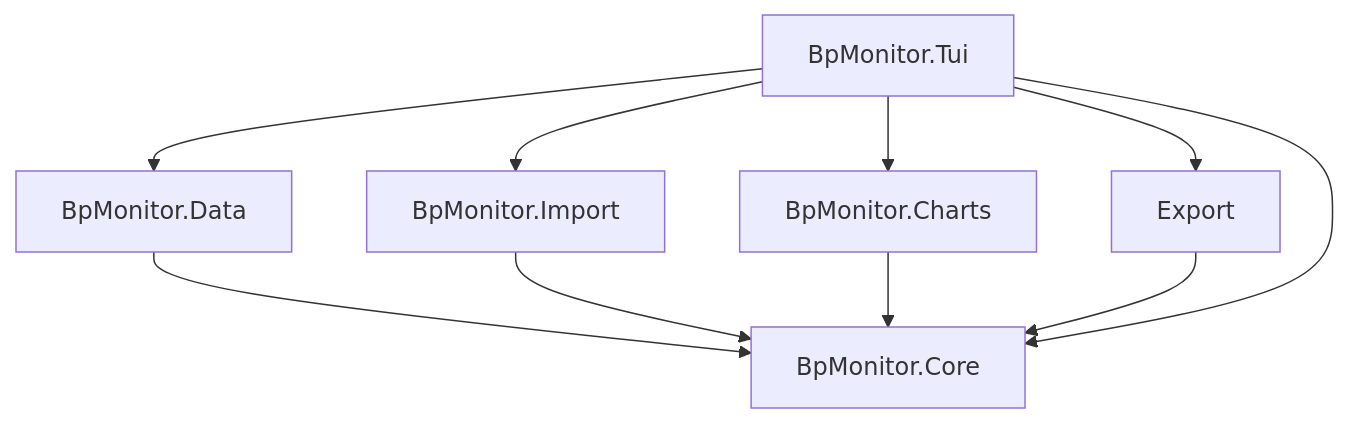
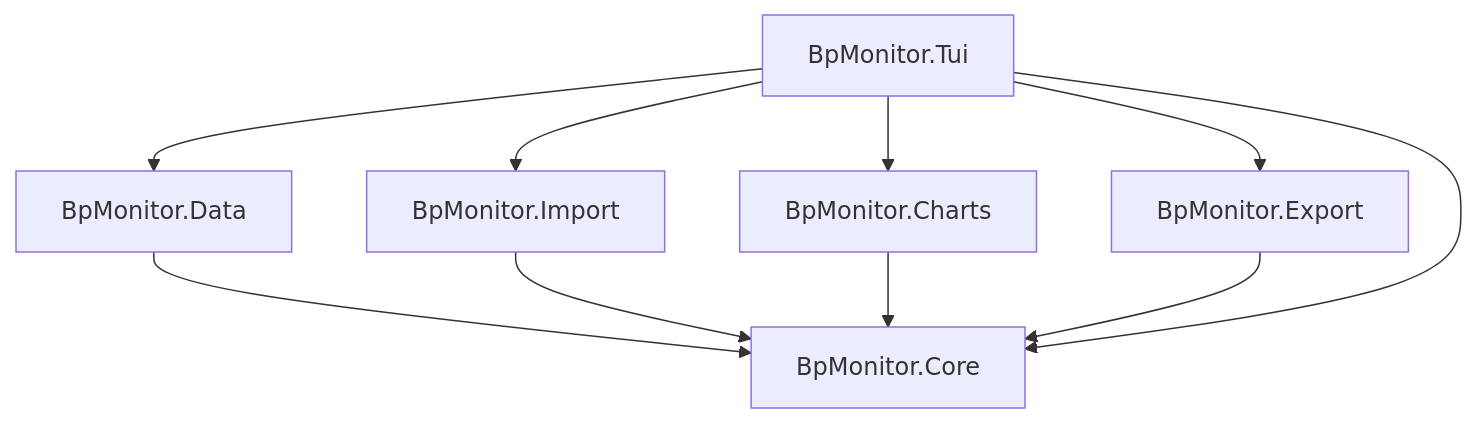
Before and after one commit to draptik/BpMonitor: the diagram in docs/architecture.md, drawn with Mermaid. The commit also changed other lines of this file and 8 other files, not shown here.

````diff
--- a/docs/architecture.md
+++ b/docs/architecture.md
@@ -67,18 +67,19 @@
 ```mermaid
 graph TD
     Core[BpMonitor.Core]
     Data[BpMonitor.Data]
     Import[BpMonitor.Import]
+    Export[BpMonitor.Export]
     Charts[BpMonitor.Charts]
     Tui[BpMonitor.Tui]
 
     Data --> Core
     Import --> Core
     Charts --> Core
     Export --> Core
     Tui --> Core
     Tui --> Data
     Tui --> Import
     Tui --> Charts
     Tui --> Export
 ```
````
